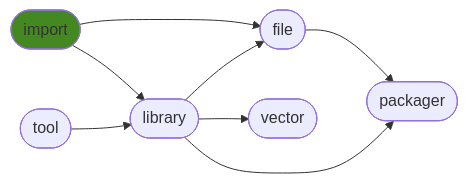
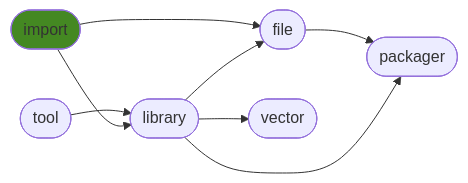
The diagram in README.md (ManderaGeneral/generalimport), drawn with Mermaid before and after one commit. The commit also changed other lines of this file, not shown here.

````diff
--- a/README.md
+++ b/README.md
@@ -28,17 +28,17 @@
 ```mermaid
 flowchart LR
+1([tool]) --> 2([library])
+2([library]) --> 4([vector])
 3([file]) --> 5([packager])
 0([import]) --> 3([file])
+0([import]) --> 2([library])
+2([library]) --> 5([packager])
 2([library]) --> 3([file])
-2([library]) --> 4([vector])
-2([library]) --> 5([packager])
-1([tool]) --> 2([library])
-0([import]) --> 2([library])
 click 0 "https://github.com/ManderaGeneral/generalimport"
 click 1 "https://github.com/ManderaGeneral/generaltool"
 click 2 "https://github.com/ManderaGeneral/generallibrary"
 click 3 "https://github.com/ManderaGeneral/generalfile"
 click 4 "https://github.com/ManderaGeneral/generalvector"
 click 5 "https://github.com/ManderaGeneral/generalpackager"
 style 0 fill:#482
 ```
````
